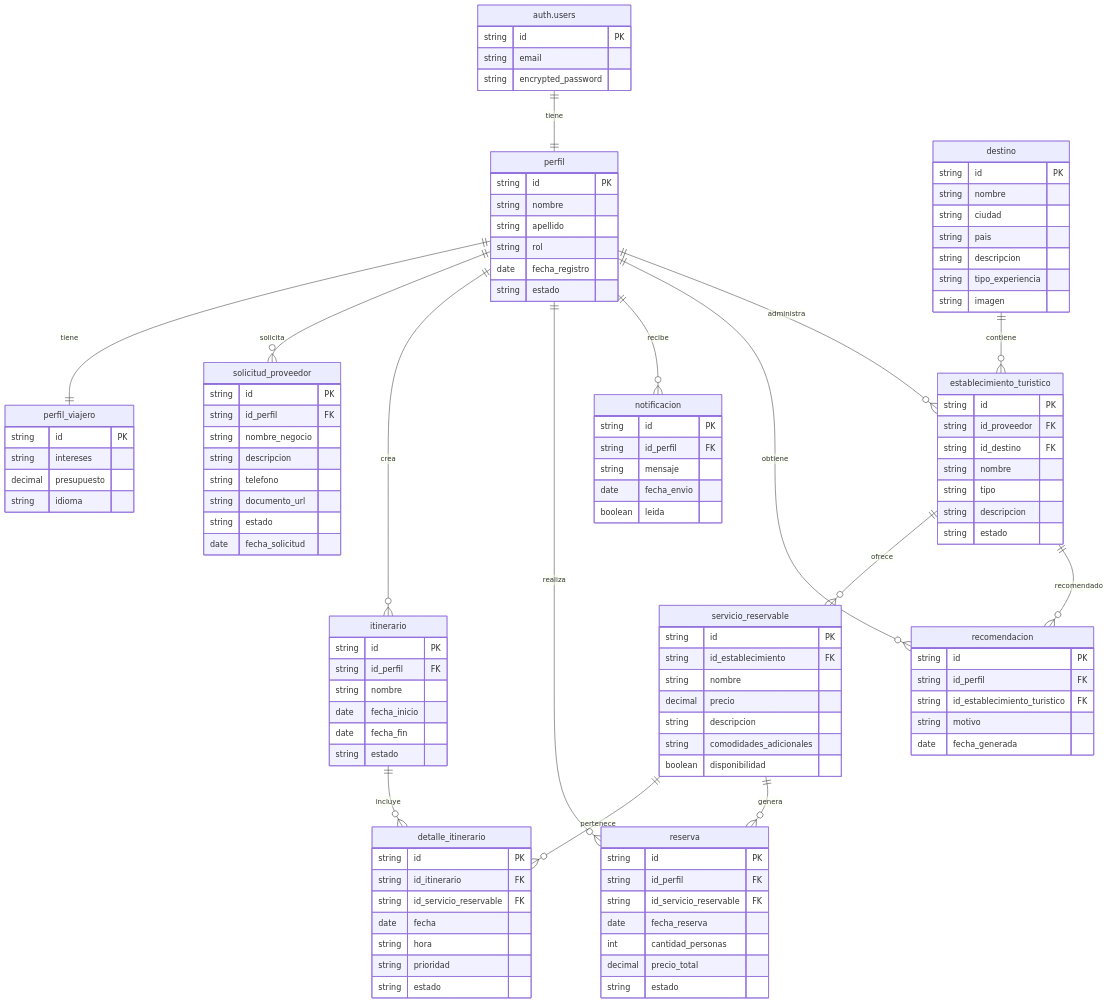
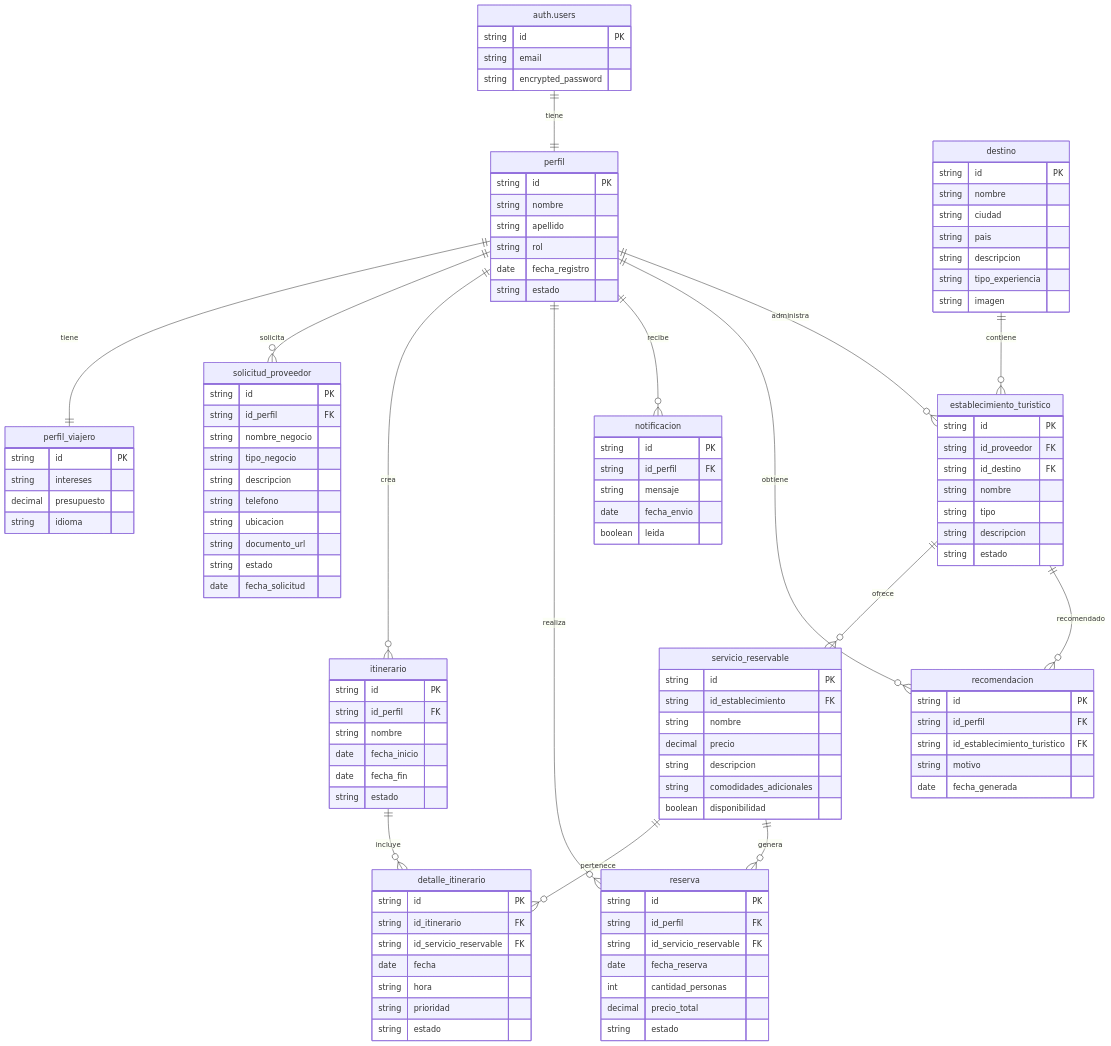
Before and after one commit to FortyTwo43/SmartTravel: the diagram in README.md, drawn with Mermaid. The commit also changed 4 other files, not shown here.

First line of the commit message:
Se agregó al dominio String Literal Types para SolicitudProveedor.tipo_negocio

```diff
--- a/README.md
+++ b/README.md
@@ -89,8 +89,10 @@
     string id PK
     string id_perfil FK
     string nombre_negocio
+    string tipo_negocio
     string descripcion
     string telefono
+    string ubicacion
     string documento_url
     string estado
     date fecha_solicitud
```
